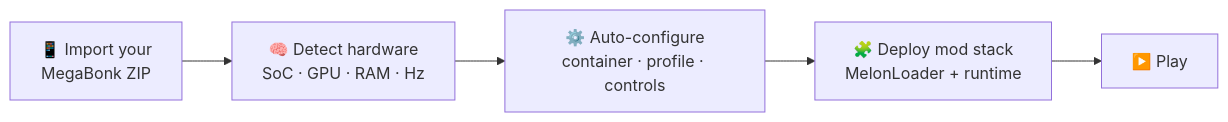
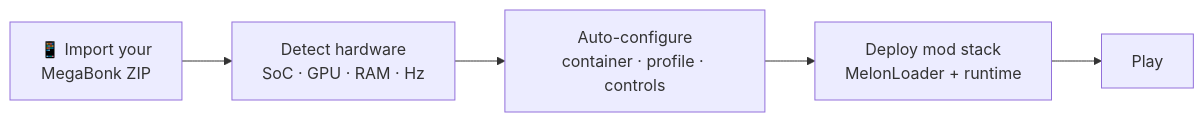
Before and after one commit to delano0201/MegaBonk-Mobile-port: the diagram in README.md, drawn with Mermaid. The commit also changed other lines of this file, not shown here.

````diff
--- a/README.md
+++ b/README.md
@@ -48,7 +48,7 @@
 ```mermaid
 flowchart LR
-    A[📱 Import your<br>MegaBonk ZIP] --> B[🧠 Detect hardware<br>SoC · GPU · RAM · Hz]
-    B --> C[⚙️ Auto-configure<br>container · profile · controls]
-    C --> D[🧩 Deploy mod stack<br>MelonLoader + runtime]
-    D --> E[▶️ Play]
+    A[📱 Import your<br>MegaBonk ZIP] --> B[ Detect hardware<br>SoC · GPU · RAM · Hz]
+    B --> C[ Auto-configure<br>container · profile · controls]
+    C --> D[ Deploy mod stack<br>MelonLoader + runtime]
+    D --> E[ Play]
 ```
````
